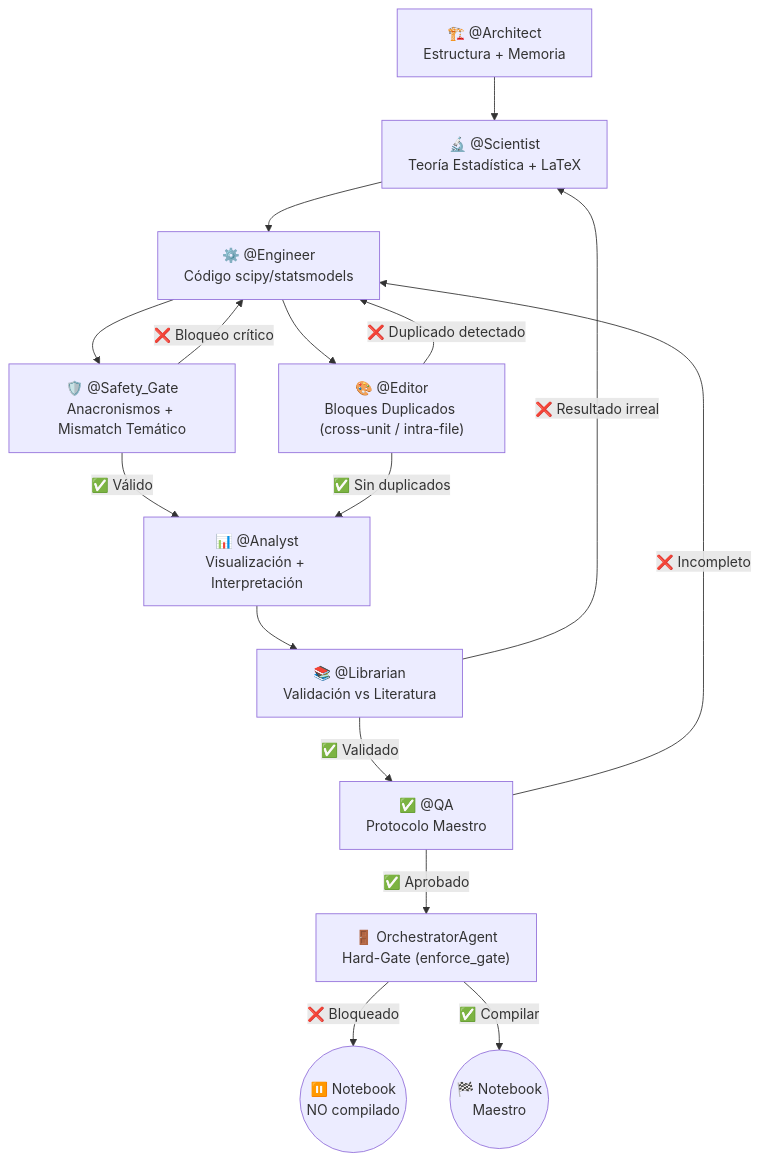
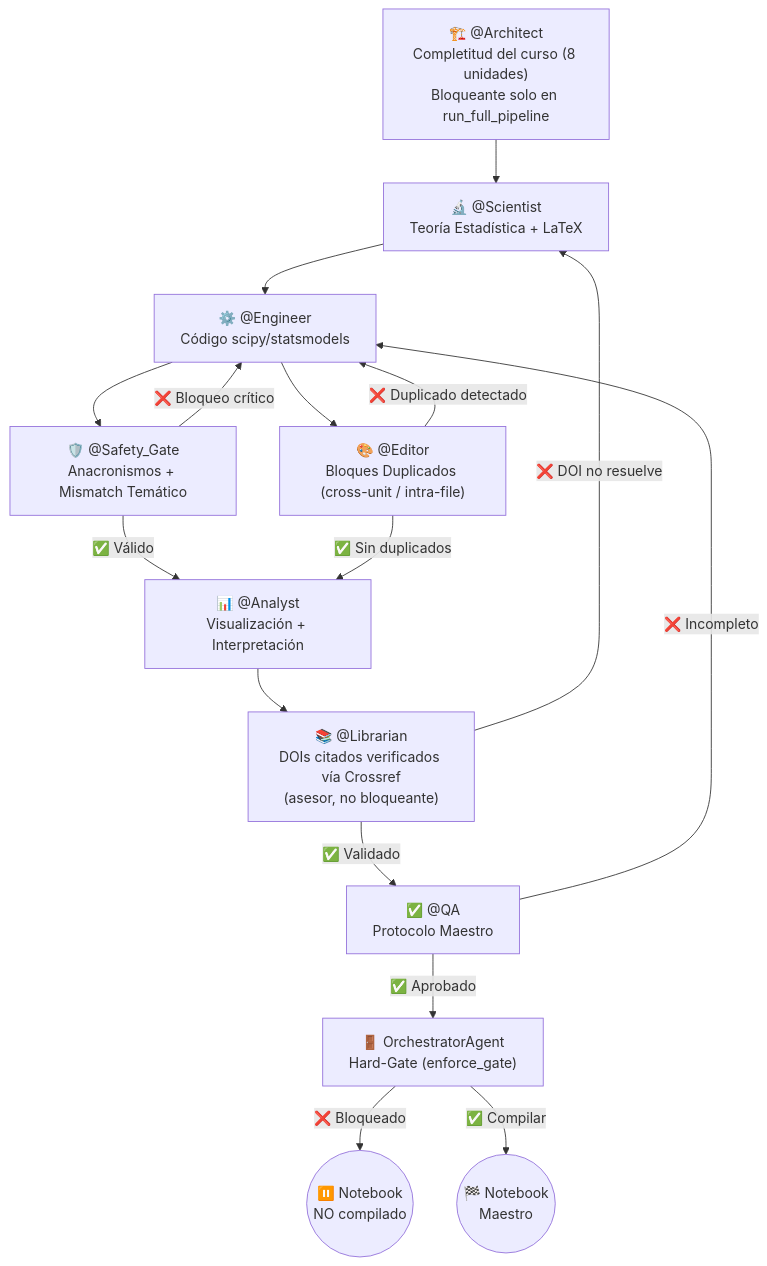
One commit to Multiagent-AI-Lab/Probability-Statistics-Agentic-AI-Core changed the diagram in README.md. Above: the diagram before and after it, drawn with Mermaid. The commit also changed other lines of this file and 1 other file, not shown here.

Commit message:
docs: reflejar en README el estado real de Architect/Librarian y aclarar bibliografia/
README.md: el diagrama del Consejo ahora distingue que @Architect bloquea
solo en run_full_pipeline y que @Librarian verifica DOIs reales via
Crossref (ya no son placeholders sin logica). Se agrega badge de tests.

bibliografia/README.md: aclara que los PDFs de esta carpeta siguen sin
indexarse (eso sigue pendiente, ver spec de indexacion), distinto del
RAG de DOIs citados en las lecciones, que si esta implementado desde 2026-08.

````diff
--- a/README.md
+++ b/README.md
@@ -112,22 +113,22 @@
 ```mermaid
 graph TD
-    Arch["🏗️ @Architect<br/>Estructura + Memoria"] --> Sci["🔬 @Scientist<br/>Teoría Estadística + LaTeX"]
+    Arch["🏗️ @Architect<br/>Completitud del curso (8 unidades)<br/>Bloqueante solo en run_full_pipeline"] --> Sci["🔬 @Scientist<br/>Teoría Estadística + LaTeX"]
     Sci --> Eng["⚙️ @Engineer<br/>Código scipy/statsmodels"]
     Eng --> Gate["🛡️ @Safety_Gate<br/>Anacronismos + Mismatch Temático"]
     Eng --> Editor["🎨 @Editor<br/>Bloques Duplicados (cross-unit / intra-file)"]
 
     Gate -->|"❌ Bloqueo crítico"| Eng
     Editor -->|"❌ Duplicado detectado"| Eng
     Gate -->|"✅ Válido"| Ana["📊 @Analyst<br/>Visualización + Interpretación"]
     Editor -->|"✅ Sin duplicados"| Ana
 
-    Ana --> Lib["📚 @Librarian<br/>Validación vs Literatura"]
+    Ana --> Lib["📚 @Librarian<br/>DOIs citados verificados vía Crossref<br/>(asesor, no bloqueante)"]
 
-    Lib -->|"❌ Resultado irreal"| Sci
+    Lib -->|"❌ DOI no resuelve"| Sci
     Lib -->|"✅ Validado"| QA["✅ @QA<br/>Protocolo Maestro"]
 
     QA -->|"❌ Incompleto"| Eng
     QA -->|"✅ Aprobado"| Gatekeeper["🚪 OrchestratorAgent<br/>Hard-Gate (enforce_gate)"]
     Gatekeeper -->|"❌ Bloqueado"| Skip(("⏸️ Notebook<br/>NO compilado"))
     Gatekeeper -->|"✅ Compilar"| Done(("🏁 Notebook<br/>Maestro"))
 ```
````
